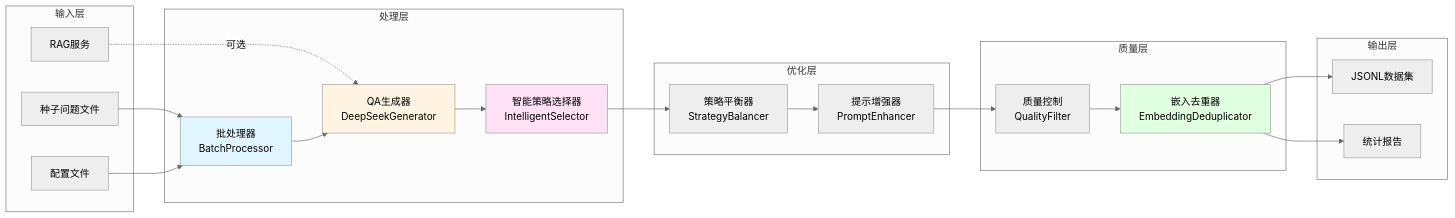
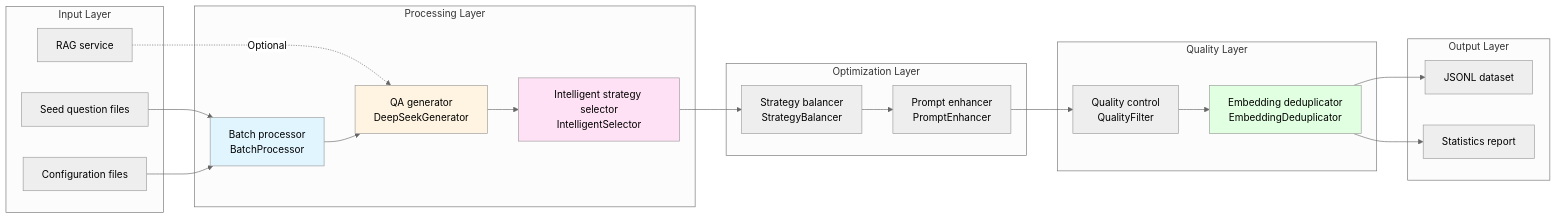
One commit to JackKuo666/QALoop changed the second of 3 diagrams in pipelines/expert_qa_augmentation/README.md. Above: the diagram before and after it, drawn with Mermaid (neutral theme). The commit also changed other lines of this file and 25 other files, not shown here.

````diff
--- a/pipelines/expert_qa_augmentation/README.md
+++ b/pipelines/expert_qa_augmentation/README.md
@@ -54,47 +54,47 @@
 ```mermaid
 flowchart LR
-    subgraph 输入层
-        A1[种子问题文件]
-        A2[配置文件]
-        A3[RAG服务]
+    subgraph Input Layer
+        A1[Seed question files]
+        A2[Configuration files]
+        A3[RAG service]
     end
     
-    subgraph 处理层
-        B1[批处理器<br/>BatchProcessor]
-        B2[QA生成器<br/>DeepSeekGenerator]
-        B3[智能策略选择器<br/>IntelligentSelector]
+    subgraph Processing Layer
+        B1[Batch processor<br/>BatchProcessor]
+        B2[QA generator<br/>DeepSeekGenerator]
+        B3[Intelligent strategy selector<br/>IntelligentSelector]
     end
     
-    subgraph 优化层
-        C1[策略平衡器<br/>StrategyBalancer]
-        C2[提示增强器<br/>PromptEnhancer]
+    subgraph Optimization Layer
+        C1[Strategy balancer<br/>StrategyBalancer]
+        C2[Prompt enhancer<br/>PromptEnhancer]
     end
     
-    subgraph 质量层
-        D1[质量控制<br/>QualityFilter]
-        D2[嵌入去重器<br/>EmbeddingDeduplicator]
+    subgraph Quality Layer
+        D1[Quality control<br/>QualityFilter]
+        D2[Embedding deduplicator<br/>EmbeddingDeduplicator]
     end
     
-    subgraph 输出层
-        E1[JSONL数据集]
-        E2[统计报告]
+    subgraph Output Layer
+        E1[JSONL dataset]
+        E2[Statistics report]
     end
     
     A1 --> B1
     A2 --> B1
-    A3 -.->|可选| B2
+    A3 -.->|Optional| B2
     
     B1 --> B2
     B2 --> B3
     B3 --> C1
     C1 --> C2
     C2 --> D1
     D1 --> D2
     D2 --> E1
     D2 --> E2
     
     style B1 fill:#e1f5ff
     style B2 fill:#fff4e1
     style B3 fill:#ffe1f5
     style D2 fill:#e1ffe1
 ```
````
